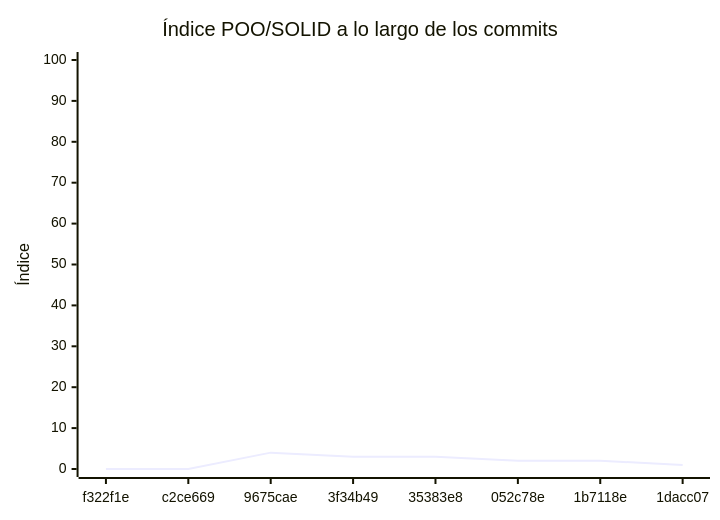
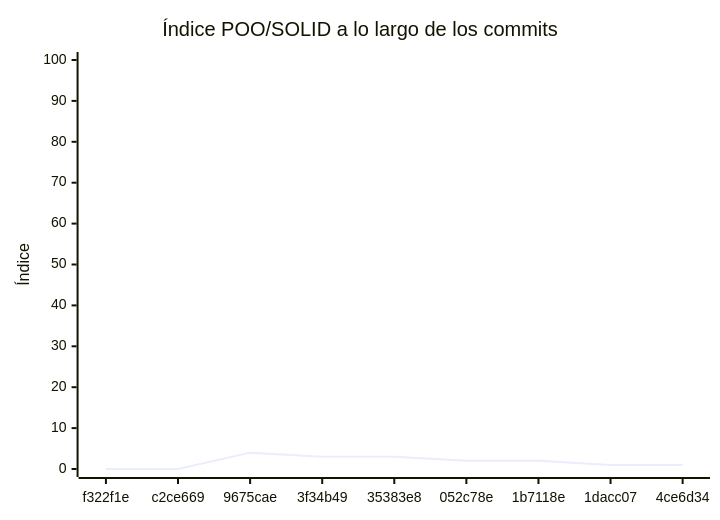
One commit to centuriol/Proyecto_final_programacion2 changed the diagram in docs/EVALUACION.md. Above: the diagram before and after it, drawn with Mermaid. The commit also changed other lines of this file and 1 other file, not shown here.

````diff
--- a/docs/EVALUACION.md
+++ b/docs/EVALUACION.md
@@ -528,7 +239,7 @@
 ```mermaid
 xychart-beta
     title "Índice POO/SOLID a lo largo de los commits"
-    x-axis ["f322f1e", "c2ce669", "9675cae", "3f34b49", "35383e8", "052c78e", "1b7118e", "1dacc07"]
+    x-axis ["f322f1e", "c2ce669", "9675cae", "3f34b49", "35383e8", "052c78e", "1b7118e", "1dacc07", "4ce6d34"]
     y-axis "Índice" 0 --> 100
-    line [0, 0, 4, 3, 3, 2, 2, 1]
+    line [0, 0, 4, 3, 3, 2, 2, 1, 1]
 ```
````
